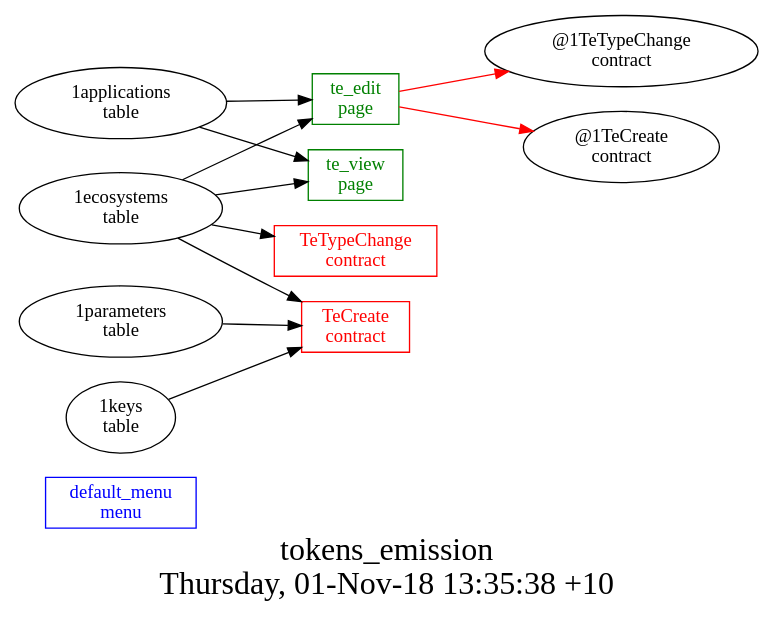
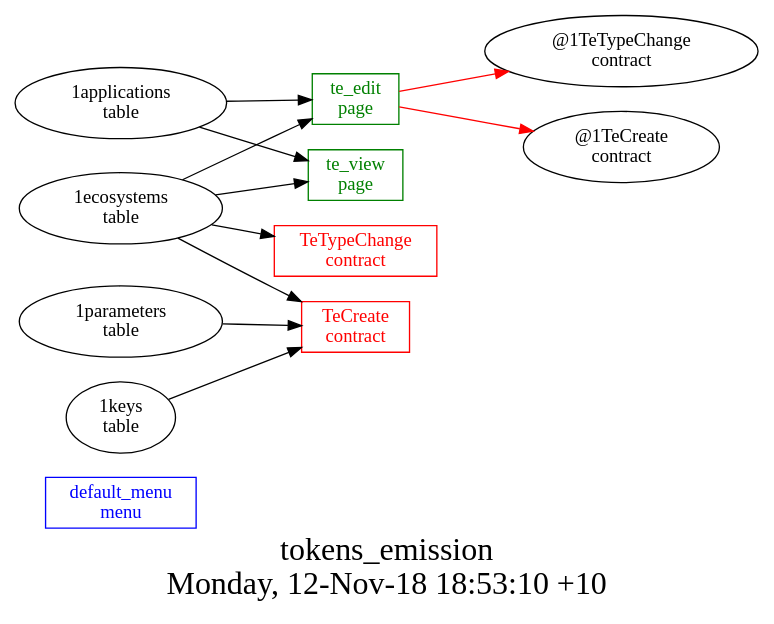
One commit to AplaProject/apps changed the diagram in other/tokens_emission/struct.dot. Above: the diagram before and after it, drawn with Graphviz. The commit also changed 5 other files, not shown here.

```diff
--- a/other/tokens_emission/struct.dot
+++ b/other/tokens_emission/struct.dot
@@ -1,23 +1,23 @@
 digraph G {
 fontsize="24";
-label="tokens_emission\nThursday, 01-Nov-18 13:35:38 +10";
+label="tokens_emission\nMonday, 12-Nov-18 18:53:10 +10";
 nojustify=true;
 ordering=out;
 rankdir=LR;
 size="30";
 "default_menu\nmenu" [color=blue, fontcolor=blue, group=menus, shape=record];
 "te_edit\npage" -> "@1TeTypeChange\ncontract"  [ color=red ]
 "te_edit\npage" -> "@1TeCreate\ncontract"  [ color=red ]
 "1applications\ntable" -> "te_edit\npage"
 "1ecosystems\ntable" -> "te_edit\npage"
 "te_edit\npage" [color=green, fontcolor=green, group=pages, shape=record];
 "1applications\ntable" -> "te_view\npage"
 "1ecosystems\ntable" -> "te_view\npage"
 "te_view\npage" [color=green, fontcolor=green, group=pages, shape=record];
 "1parameters\ntable" -> "TeCreate\ncontract"
 "1ecosystems\ntable" -> "TeCreate\ncontract"
 "1keys\ntable" -> "TeCreate\ncontract"
 "TeCreate\ncontract" [color=red, fontcolor=red, group=contracts, shape=record];
 "1ecosystems\ntable" -> "TeTypeChange\ncontract"
 "TeTypeChange\ncontract" [color=red, fontcolor=red, group=contracts, shape=record];
 }
```
